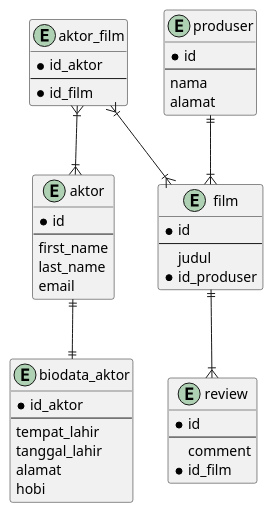
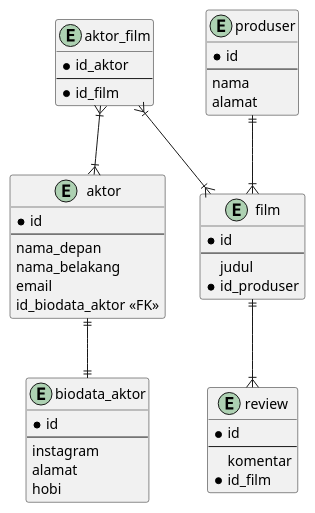
Before and after one commit to TopekoX/belajar-hibernate: the diagram in demo-hibernate-mapping/uml/schema.plantuml, drawn with PlantUML. The commit also changed 9 other files, not shown here.

```diff
--- a/demo-hibernate-mapping/uml/schema.plantuml
+++ b/demo-hibernate-mapping/uml/schema.plantuml
@@ -1,53 +1,53 @@
 @startuml
 
 entity aktor {
     * id
     --
-    first_name
-    last_name
+    nama_depan
+    nama_belakang
     email
+    id_biodata_aktor << FK >>
 }
 
 entity biodata_aktor {
-    * id_aktor
+    * id
     --
-    tempat_lahir
-    tanggal_lahir
+    instagram
     alamat
     hobi
 }
 
 entity produser {
     * id
     --
     nama
     alamat
 }
 
 entity film {
     * id
     --
     judul
     * id_produser
 }
 
 entity review {
     * id
     --
-    comment
+    komentar
     * id_film
 }
 
 entity aktor_film {
     * id_aktor
     --
     * id_film
 }
 
 aktor ||--|| biodata_aktor
 produser ||--|{ film
 film ||--|{ review
 aktor_film }|--|{ film
 aktor_film }|--|{ aktor
 
 @enduml
```
